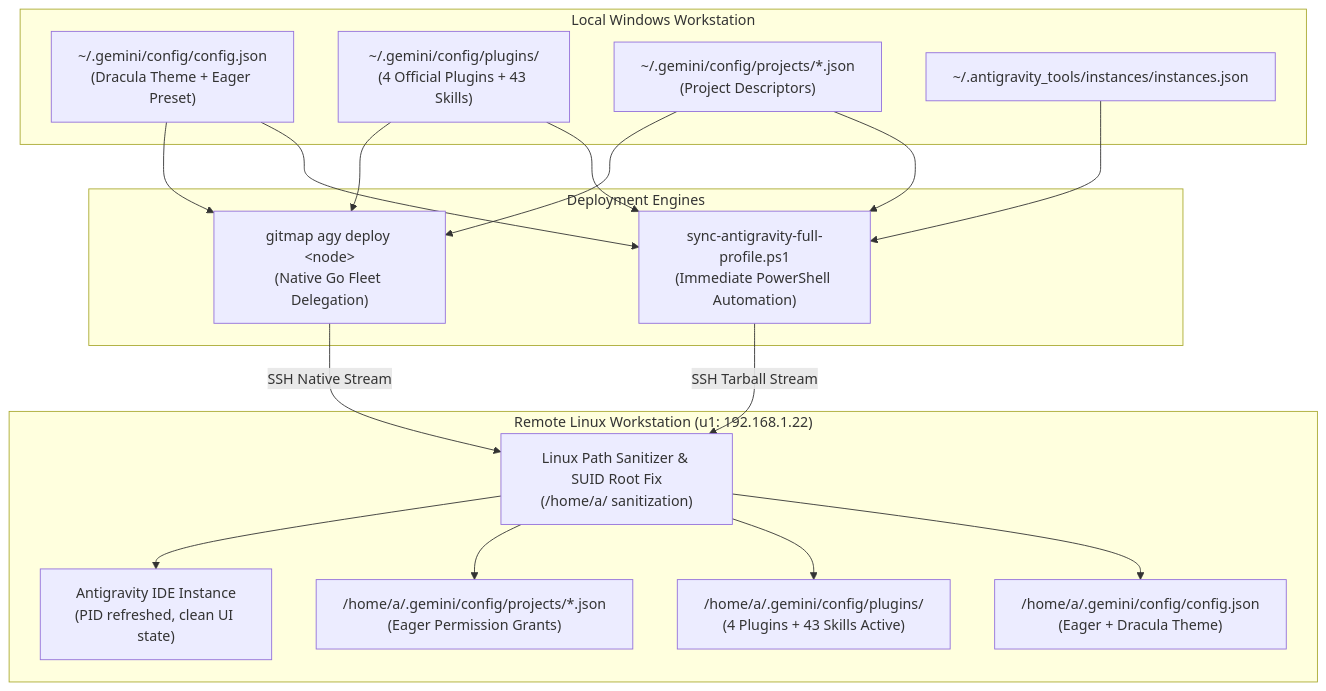
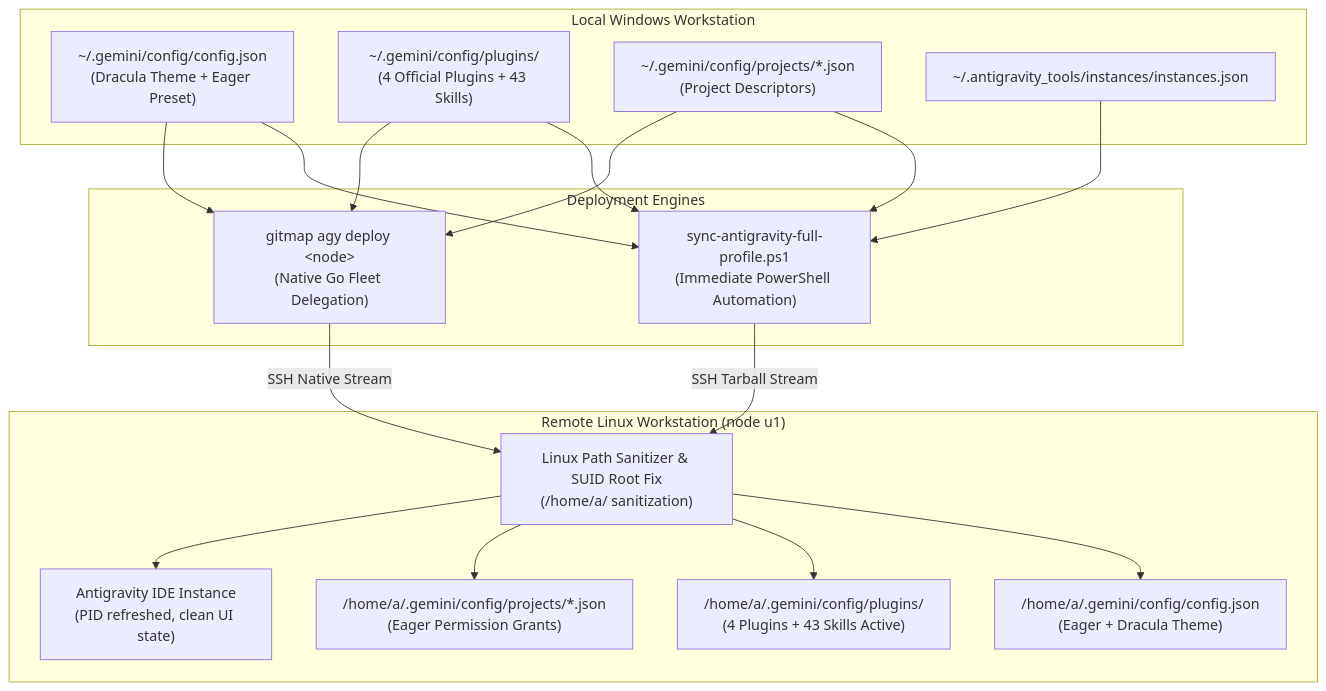
The first of 2 diagrams in 02-spec/21-app/217-antigravity-fleet-parity-theme-preset-plugins-and-delegation/02-component-and-cli-spec.md (alimtvnetwork/gitmap-v28), drawn with Mermaid before and after one commit. The commit also changed other lines of this file and 26 other files, not shown here.

````diff
--- a/02-spec/21-app/217-antigravity-fleet-parity-theme-preset-plugins-and-delegation/02-component-and-cli-spec.md
+++ b/02-spec/21-app/217-antigravity-fleet-parity-theme-preset-plugins-and-delegation/02-component-and-cli-spec.md
@@ -27,39 +27,39 @@
 ```mermaid
 flowchart TD
     subgraph Local_Windows ["Local Windows Workstation"]
         LocalConfig["~/.gemini/config/config.json<br/>(Dracula Theme + Eager Preset)"]
         LocalPlugins["~/.gemini/config/plugins/<br/>(4 Official Plugins + 43 Skills)"]
         LocalProjects["~/.gemini/config/projects/*.json<br/>(Project Descriptors)"]
         LocalInstances["~/.antigravity_tools/instances/instances.json"]
     end
 
     subgraph Orchestration ["Deployment Engines"]
         PSScript["sync-antigravity-full-profile.ps1<br/>(Immediate PowerShell Automation)"]
         GitMapCLI["gitmap agy deploy &lt;node&gt;<br/>(Native Go Fleet Delegation)"]
     end
 
-    subgraph Remote_Ubuntu ["Remote Linux Workstation (u1: 192.168.1.22)"]
+    subgraph Remote_Ubuntu ["Remote Linux Workstation (node u1)"]
         Sanitizer["Linux Path Sanitizer & SUID Root Fix<br/>(/home/a/ sanitization)"]
         TargetConfig["/home/a/.gemini/config/config.json<br/>(Eager + Dracula Theme)"]
         TargetPlugins["/home/a/.gemini/config/plugins/<br/>(4 Plugins + 43 Skills Active)"]
         TargetProjects["/home/a/.gemini/config/projects/*.json<br/>(Eager Permission Grants)"]
         TargetIDE["Antigravity IDE Instance<br/>(PID refreshed, clean UI state)"]
     end
 
     LocalConfig --> PSScript
     LocalPlugins --> PSScript
     LocalProjects --> PSScript
     LocalInstances --> PSScript
 
     LocalConfig --> GitMapCLI
     LocalPlugins --> GitMapCLI
     LocalProjects --> GitMapCLI
 
     PSScript -->|SSH Tarball Stream| Sanitizer
     GitMapCLI -->|SSH Native Stream| Sanitizer
 
     Sanitizer --> TargetConfig
     Sanitizer --> TargetPlugins
     Sanitizer --> TargetProjects
     Sanitizer --> TargetIDE
 ```
````
